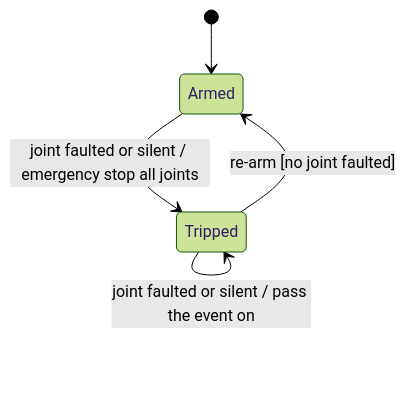
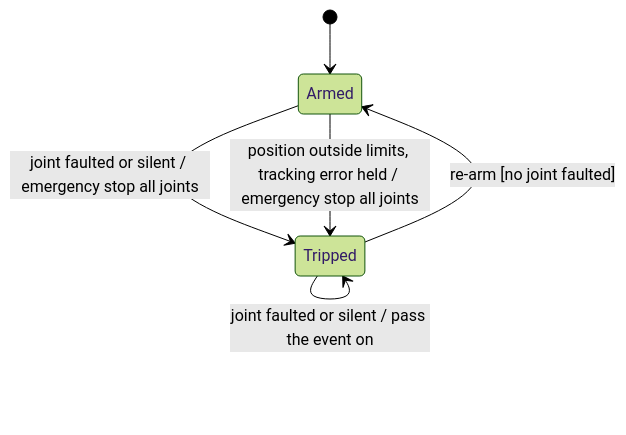
The first of 3 diagrams in documentation/design/safety.md (embedded-pro/e-robot-arm), drawn with Mermaid (forest theme) before and after one commit. The commit also changed other lines of this file and 38 other files, not shown here.

First line of the commit message:
feat(safety): the arm trips on a joint held back or outside its limits

````diff
--- a/documentation/design/safety.md
+++ b/documentation/design/safety.md
@@ -112,7 +141,8 @@
 ```mermaid
 stateDiagram-v2
     [*] --> Armed
     Armed --> Tripped : joint faulted or silent / emergency stop all joints
+    Armed --> Tripped : position outside limits, tracking error held / emergency stop all joints
     Tripped --> Tripped : joint faulted or silent / pass the event on
     Tripped --> Armed : re-arm [no joint faulted]
 ```
````
